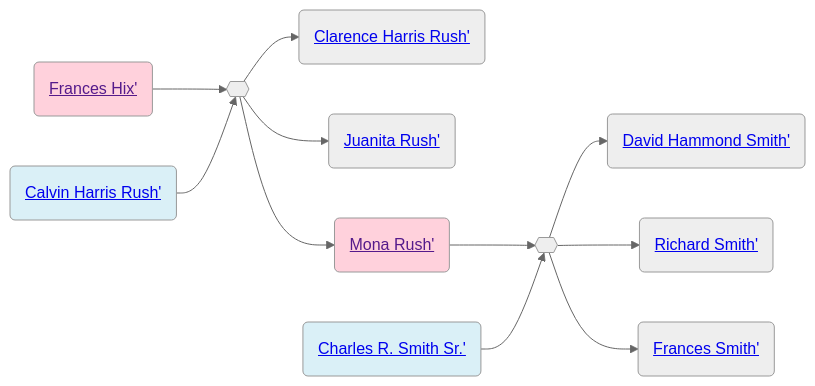
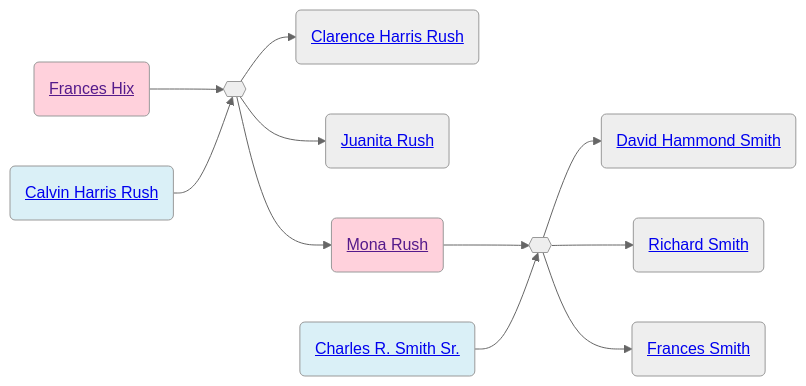
Before and after one commit to neelsmith/avocational: the second of 2 diagrams in familyhistory/sources/people/Randolph_county_lines/Hicks/Frances_Hix.qmd, drawn with Mermaid (neutral theme). The commit also changed other lines of this file and 96 other files, not shown here.

````diff
--- a/familyhistory/sources/people/Randolph_county_lines/Hicks/Frances_Hix.qmd
+++ b/familyhistory/sources/people/Randolph_county_lines/Hicks/Frances_Hix.qmd
@@ -47,32 +47,32 @@
 ```{mermaid}
 graph LR
 %% LR descendant diagram
 class Frances_Hix_and_Calvin_Harris_Rush marriage
-Frances_Hix(<a href=''>Frances Hix'</>) --> Frances_Hix_and_Calvin_Harris_Rush{{ }}
-Calvin_Harris_Rush(<a href='./../../Rush-line/Calvin_Harris_Rush.html'>Calvin Harris Rush'</>) --> Frances_Hix_and_Calvin_Harris_Rush{{ }}
+Frances_Hix(<a href=''>Frances Hix</a>) --> Frances_Hix_and_Calvin_Harris_Rush{{ }}
+Calvin_Harris_Rush(<a href='./../../Rush-line/Calvin_Harris_Rush.html'>Calvin Harris Rush</a>) --> Frances_Hix_and_Calvin_Harris_Rush{{ }}
 class Calvin_Harris_Rush father
 class Frances_Hix mother
-Frances_Hix_and_Calvin_Harris_Rush{{ }} --> Clarence_Harris_Rush(<a href='./../../Rush-line/Clarence_Harris_Rush.html'>Clarence Harris Rush'</>)
+Frances_Hix_and_Calvin_Harris_Rush{{ }} --> Clarence_Harris_Rush(<a href='./../../Rush-line/Clarence_Harris_Rush.html'>Clarence Harris Rush</a>)
 class Calvin_Harris_Rush father
 class Frances_Hix mother
-Frances_Hix_and_Calvin_Harris_Rush{{ }} --> Juanita_Rush(<a href='./../../Rush-line/Juanita_Rush.html'>Juanita Rush'</>)
+Frances_Hix_and_Calvin_Harris_Rush{{ }} --> Juanita_Rush(<a href='./../../Rush-line/Juanita_Rush.html'>Juanita Rush</a>)
 class Calvin_Harris_Rush father
 class Frances_Hix mother
-Frances_Hix_and_Calvin_Harris_Rush{{ }} --> Mona_Rush(<a href='./../../Rush-line/Mona_Rush.html'>Mona Rush'</>)
+Frances_Hix_and_Calvin_Harris_Rush{{ }} --> Mona_Rush(<a href='./../../Rush-line/Mona_Rush.html'>Mona Rush</a>)
 class Mona_Rush_and_Charles_R._Smith_Sr. marriage
-Mona_Rush(<a href=''>Mona Rush'</>) --> Mona_Rush_and_Charles_R._Smith_Sr.{{ }}
-Charles_R._Smith_Sr.(<a href='./../Smith-line/Charles_R._Smith_Sr..html'>Charles R. Smith Sr.'</>) --> Mona_Rush_and_Charles_R._Smith_Sr.{{ }}
+Mona_Rush(<a href=''>Mona Rush</a>) --> Mona_Rush_and_Charles_R._Smith_Sr.{{ }}
+Charles_R._Smith_Sr.(<a href='./../Smith-line/Charles_R._Smith_Sr..html'>Charles R. Smith Sr.</a>) --> Mona_Rush_and_Charles_R._Smith_Sr.{{ }}
 class Charles_R._Smith_Sr. father
 class Mona_Rush mother
-Mona_Rush_and_Charles_R._Smith_Sr.{{ }} --> David_Hammond_Smith(<a href='./../Smith-line/David_Hammond_Smith.html'>David Hammond Smith'</>)
+Mona_Rush_and_Charles_R._Smith_Sr.{{ }} --> David_Hammond_Smith(<a href='./../Smith-line/David_Hammond_Smith.html'>David Hammond Smith</a>)
 class Charles_R._Smith_Sr. father
 class Mona_Rush mother
-Mona_Rush_and_Charles_R._Smith_Sr.{{ }} --> Richard_Smith(<a href='./../Smith-line/Richard_Smith.html'>Richard Smith'</>)
+Mona_Rush_and_Charles_R._Smith_Sr.{{ }} --> Richard_Smith(<a href='./../Smith-line/Richard_Smith.html'>Richard Smith</a>)
 class Charles_R._Smith_Sr. father
 class Mona_Rush mother
-Mona_Rush_and_Charles_R._Smith_Sr.{{ }} --> Frances_Smith(<a href='./../Smith-line/Frances_Smith.html'>Frances Smith'</>)
+Mona_Rush_and_Charles_R._Smith_Sr.{{ }} --> Frances_Smith(<a href='./../Smith-line/Frances_Smith.html'>Frances Smith</a>)
 classDef mother fill:#ffd1dc
 classDef father fill:#daf0f7  
 classDef marriage fill:#ffffff
 
 ```
````
